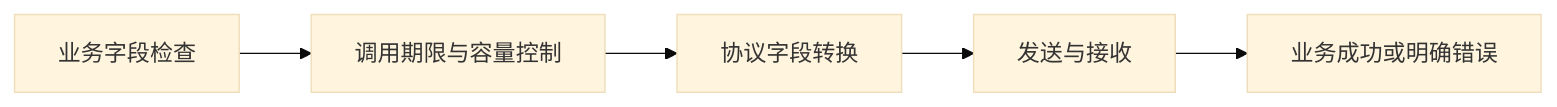
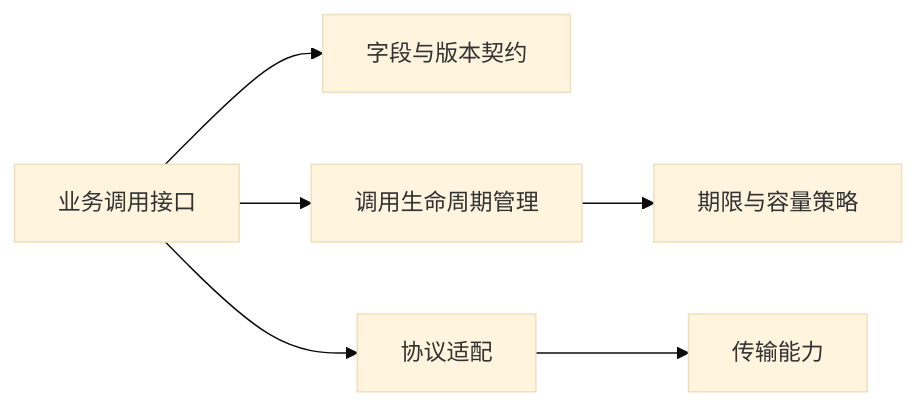
Before and after one commit to bitianyuan123/docs: the diagram in diagrams/06_rpc_01.mmd, drawn with Mermaid (base theme). The commit also changed 141 other files, not shown here.

```diff
--- a/diagrams/06_rpc_01.mmd
+++ b/diagrams/06_rpc_01.mmd
@@ -1,5 +1,6 @@
 flowchart LR
-    A[业务字段检查] --> B[调用期限与容量控制]
-    B --> C[协议字段转换]
-    C --> D[发送与接收]
-    D --> E[业务成功或明确错误]
+    C[业务调用接口] --> V[字段与版本契约]
+    C --> L[调用生命周期管理]
+    C --> P[协议适配]
+    L --> B[期限与容量策略]
+    P --> T[传输能力]
```
